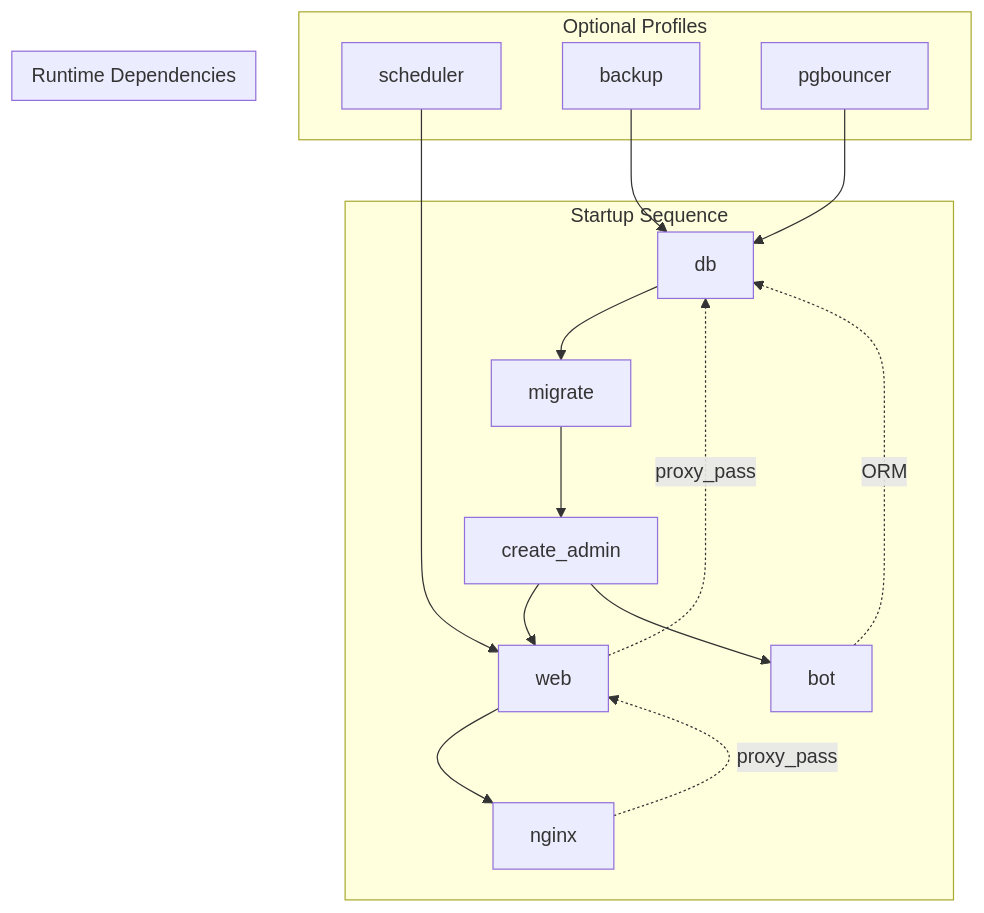
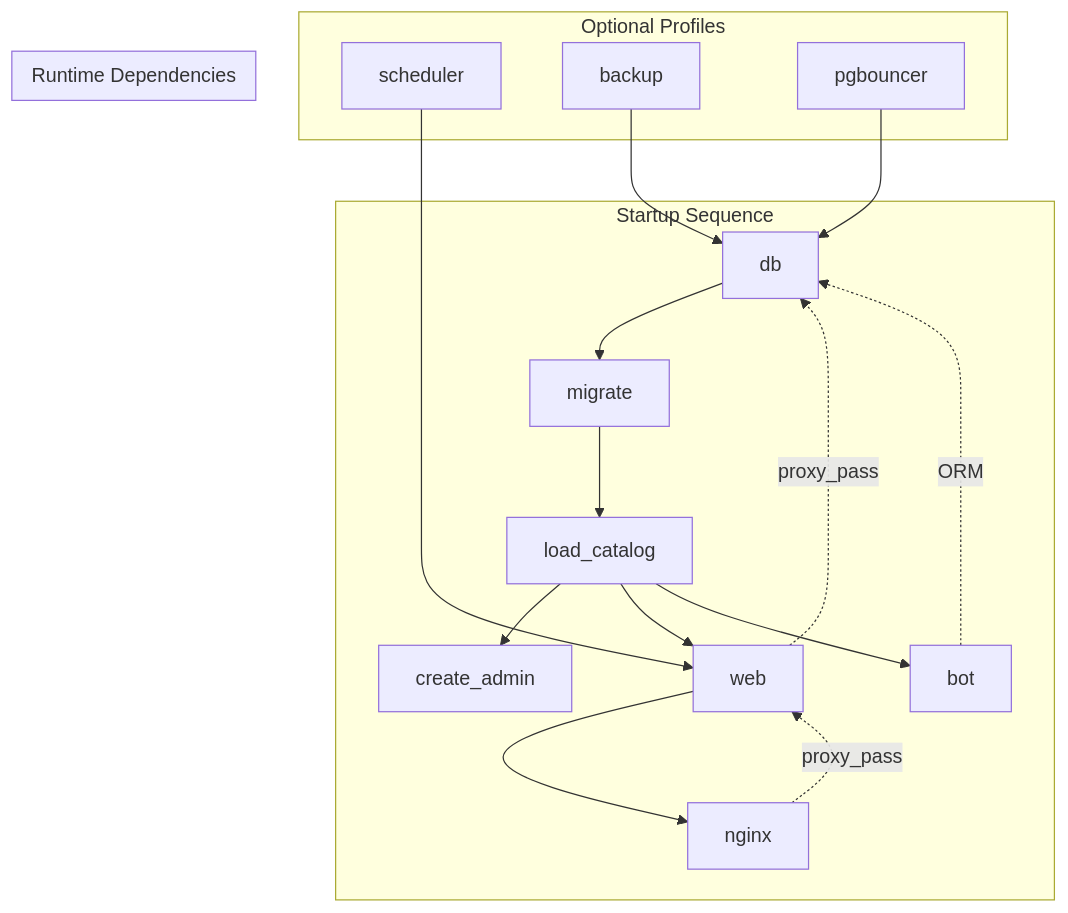
Before and after one commit to manicko/mko_bazuna: the diagram in docs/97-plans/phase-01-detailed-deployment.md, drawn with Mermaid. The commit also changed other lines of this file and 26 other files, not shown here.

````diff
--- a/docs/97-plans/phase-01-detailed-deployment.md
+++ b/docs/97-plans/phase-01-detailed-deployment.md
@@ -108,22 +108,23 @@
 ```mermaid
 graph TD
     subgraph "Startup Sequence"
         A[db] --> B[migrate]
-        B --> C[create_admin]
-        C --> D[web]
-        C --> E[bot]
-        D --> F[nginx]
+        B --> C[load_catalog]
+        C --> D[create_admin]
+        C --> E[web]
+        C --> F[bot]
+        E --> G[nginx]
     end
 
     subgraph "Optional Profiles"
-        G[scheduler] --> D
-        H[backup] --> A
-        I[pgbouncer] --> A
+        H[scheduler] --> E
+        I[backup] --> A
+        J[pgbouncer] --> A
     end
 
     subgraph "Runtime Dependencies"
-        D -.->|proxy_pass| A
-        E -.->|ORM| A
-        F -.->|proxy_pass| D
+        E -.->|proxy_pass| A
+        F -.->|ORM| A
+        G -.->|proxy_pass| E
     end
 ```
````
